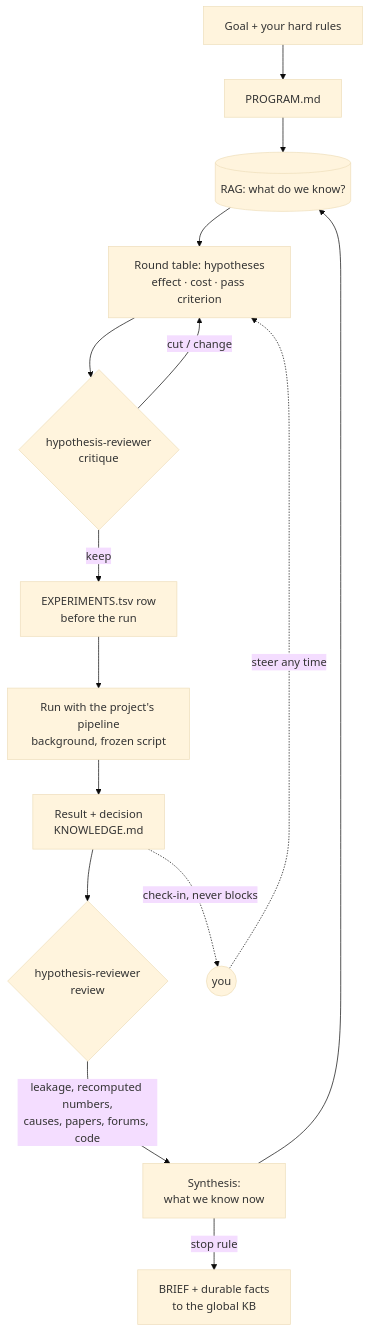
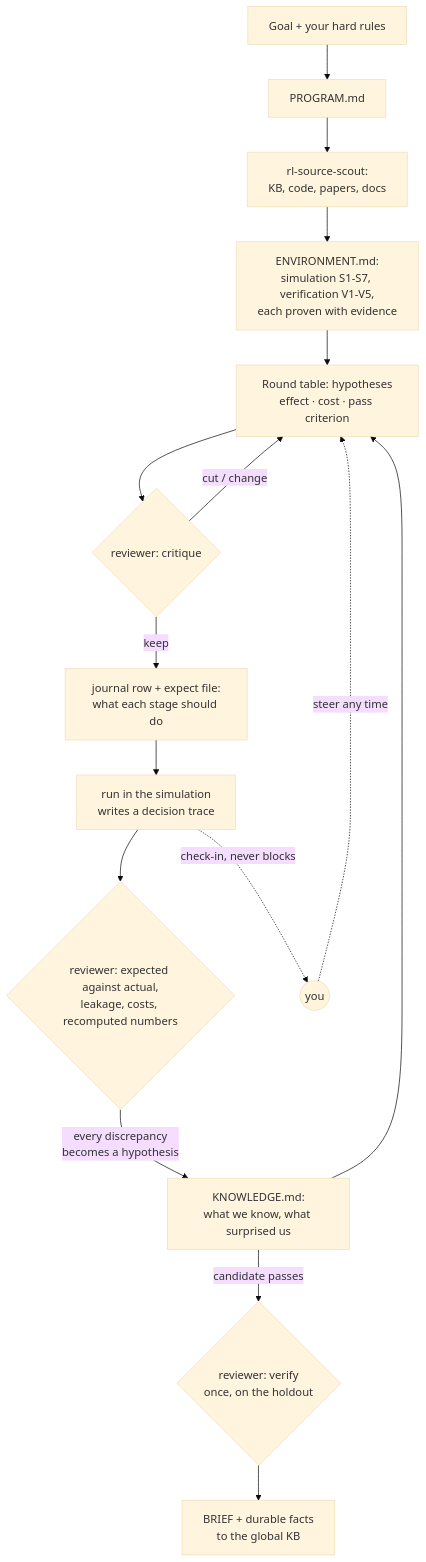
One commit to nikserbur/autolearn changed the second of 4 diagrams in README.md. Above: the diagram before and after it, drawn with Mermaid (base theme). The commit also changed other lines of this file and 14 other files, not shown here.

````diff
--- a/README.md
+++ b/README.md
@@ -186,17 +63,18 @@
 ```mermaid
 flowchart TD
   G[Goal + your hard rules] --> PR[PROGRAM.md]
-  PR --> RT[(RAG: what do we know?)]
-  RT --> H[Round table: hypotheses<br/>effect · cost · pass criterion]
-  H --> CR{hypothesis-reviewer<br/>critique}
+  PR --> SC[rl-source-scout:<br/>KB, code, papers, docs]
+  SC --> ENV[ENVIRONMENT.md:<br/>simulation S1-S7, verification V1-V5,<br/>each proven with evidence]
+  ENV --> H[Round table: hypotheses<br/>effect · cost · pass criterion]
+  H --> CR{reviewer: critique}
   CR -- cut / change --> H
-  CR -- keep --> REG[EXPERIMENTS.tsv row<br/>before the run]
-  REG --> RUN[Run with the project's pipeline<br/>background, frozen script]
-  RUN --> REC[Result + decision<br/>KNOWLEDGE.md]
-  REC --> RV{hypothesis-reviewer<br/>review}
-  RV -- "leakage, recomputed numbers,<br/>causes, papers, forums, code" --> SY[Synthesis:<br/>what we know now]
-  SY --> RT
-  REC -. check-in, never blocks .-> YOU((you))
+  CR -- keep --> REG[journal row + expect file:<br/>what each stage should do]
+  REG --> RUN[run in the simulation<br/>writes a decision trace]
+  RUN --> RV{reviewer: expected against actual,<br/>leakage, costs, recomputed numbers}
+  RV -- "every discrepancy<br/>becomes a hypothesis" --> SY[KNOWLEDGE.md:<br/>what we know, what surprised us]
+  SY --> H
+  SY -- candidate passes --> VF{reviewer: verify<br/>once, on the holdout}
+  VF --> BR[BRIEF + durable facts<br/>to the global KB]
+  RUN -. check-in, never blocks .-> YOU((you))
   YOU -. steer any time .-> H
-  SY -- stop rule --> BR[BRIEF + durable facts<br/>to the global KB]
 ```
````
